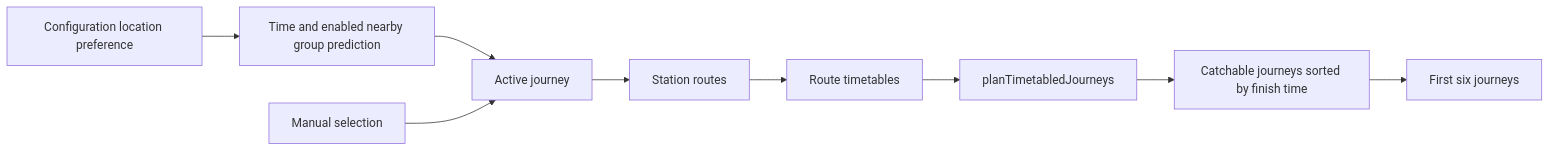
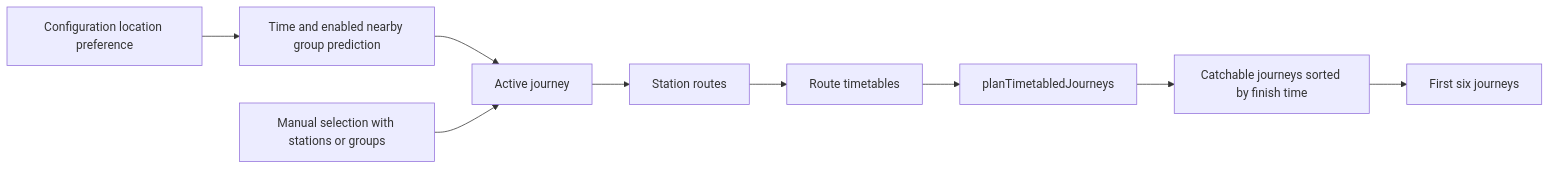
The first of 5 diagrams in docs/journey-planning.md (nd9600/trainDashboard), drawn with Mermaid before and after one commit. The commit also changed other lines of this file and 16 other files, not shown here.

````diff
--- a/docs/journey-planning.md
+++ b/docs/journey-planning.md
@@ -9,21 +9,21 @@
 ```mermaid
 flowchart LR
     preference[Configuration location preference]
     prediction[Time and enabled nearby group prediction]
-    override[Manual selection]
+    override[Manual selection with stations or groups]
     journey[Active journey]
     routes[Station routes]
     timetables[Route timetables]
     planner[planTimetabledJourneys]
     journeys[Catchable journeys sorted by finish time]
     display[First six journeys]
 
     preference --> prediction
     prediction --> journey
     override --> journey
     journey --> routes
     routes --> timetables
     timetables --> planner
     planner --> journeys
     journeys --> display
 ```
````
